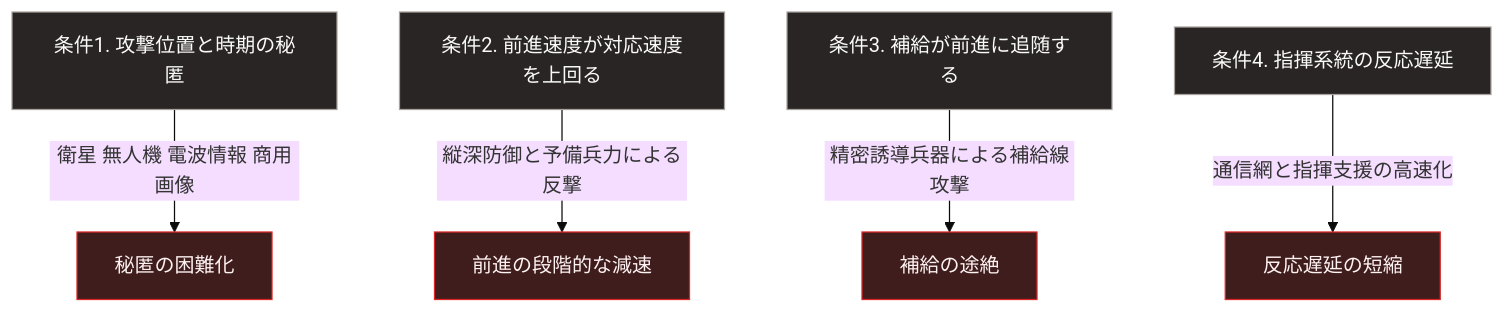
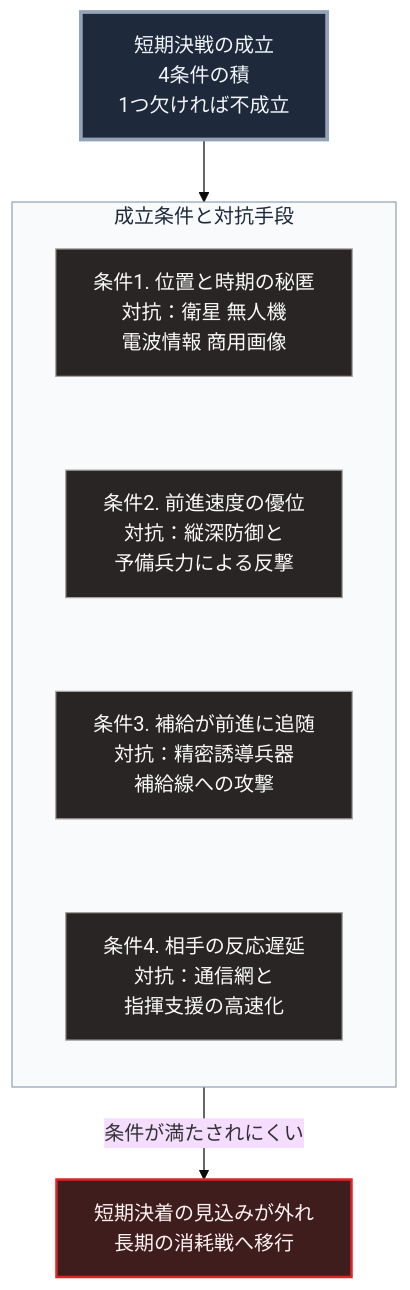
The diagram in books/sovereign-resilience-blueprint/war-blitzkrieg-doctrine.md (Takenori-Kusaka/zenn-content), drawn with Mermaid (base theme) before and after one commit. The commit also changed other lines of this file and 114 other files, not shown here.

````diff
--- a/books/sovereign-resilience-blueprint/war-blitzkrieg-doctrine.md
+++ b/books/sovereign-resilience-blueprint/war-blitzkrieg-doctrine.md
@@ -83,21 +83,20 @@
 ```mermaid
 flowchart TD
-    C1[条件1. 攻撃位置と時期の秘匿]
-    C2[条件2. 前進速度が対応速度を上回る]
-    C3[条件3. 補給が前進に追随する]
-    C4[条件4. 指揮系統の反応遅延]
+    T[短期決戦の成立<br>4条件の積<br>1つ欠ければ不成立]
+    T --> G
+    subgraph G[成立条件と対抗手段]
+        direction TB
+        C1[条件1. 位置と時期の秘匿<br>対抗：衛星 無人機<br>電波情報 商用画像] ~~~ C2[条件2. 前進速度の優位<br>対抗：縦深防御と<br>予備兵力による反撃]
+        C2 ~~~ C3[条件3. 補給が前進に追随<br>対抗：精密誘導兵器<br>補給線への攻撃]
+        C3 ~~~ C4[条件4. 相手の反応遅延<br>対抗：通信網と<br>指揮支援の高速化]
+    end
+    G -->|条件が満たされにくい| R[短期決着の見込みが外れ<br>長期の消耗戦へ移行]
 
-    C1 -->|衛星 無人機 電波情報 商用画像| X1[秘匿の困難化]
-    C2 -->|縦深防御と予備兵力による反撃| X2[前進の段階的な減速]
-    C3 -->|精密誘導兵器による補給線攻撃| X3[補給の途絶]
-    C4 -->|通信網と指揮支援の高速化| X4[反応遅延の短縮]
-
+    style T fill:#1e293b,stroke:#94a3b8,stroke-width:3px,color:#f1f5f9
+    style G fill:#f8fafc,stroke:#94a3b8,color:#1e293b
     style C1 fill:#292524,stroke:#a8a29e,color:#fafaf9
     style C2 fill:#292524,stroke:#a8a29e,color:#fafaf9
     style C3 fill:#292524,stroke:#a8a29e,color:#fafaf9
     style C4 fill:#292524,stroke:#a8a29e,color:#fafaf9
-    style X1 fill:#3f1d1d,stroke:#dc2626,color:#fef2f2
-    style X2 fill:#3f1d1d,stroke:#dc2626,color:#fef2f2
-    style X3 fill:#3f1d1d,stroke:#dc2626,color:#fef2f2
-    style X4 fill:#3f1d1d,stroke:#dc2626,color:#fef2f2
+    style R fill:#3f1d1d,stroke:#dc2626,stroke-width:2px,color:#fef2f2
 ```
````
